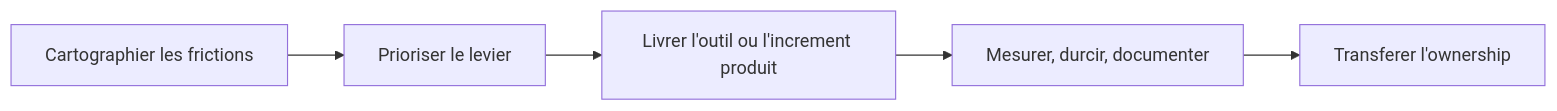
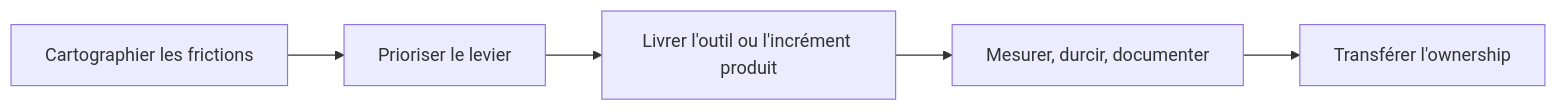
The diagram in README.md (ty000/ty000), drawn with Mermaid before and after one commit. The commit also changed other lines of this file and 1 other file, not shown here.

````diff
--- a/README.md
+++ b/README.md
@@ -20,7 +20,7 @@
 ```mermaid
 flowchart LR
   A["Cartographier les frictions"] --> B["Prioriser le levier"]
-  B --> C["Livrer l'outil ou l'increment produit"]
+  B --> C["Livrer l'outil ou l'incrément produit"]
   C --> D["Mesurer, durcir, documenter"]
-  D --> E["Transferer l'ownership"]
+  D --> E["Transférer l'ownership"]
 ```
````
